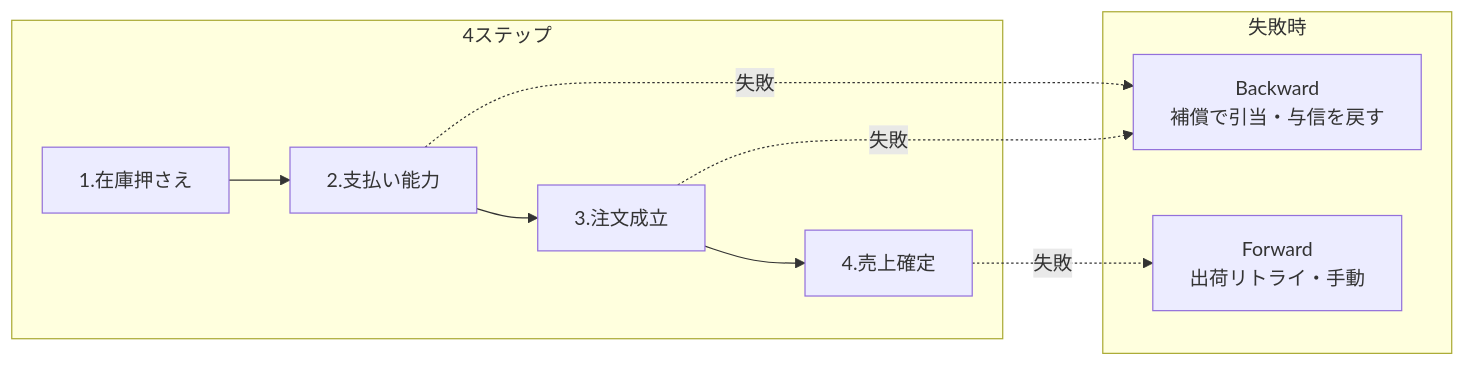
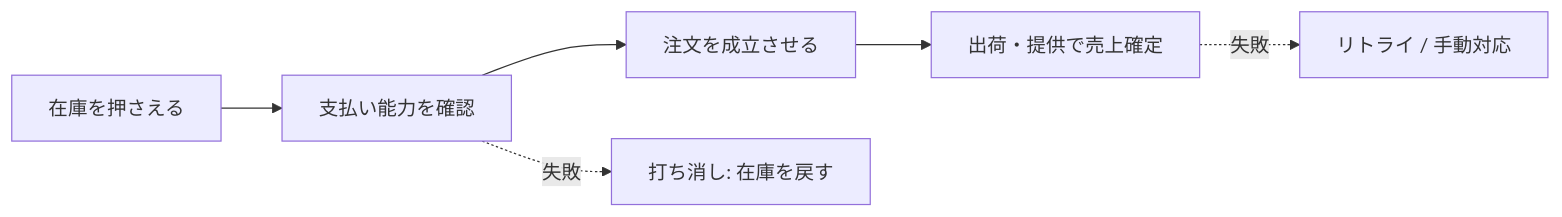
The diagram in articles/ec803bd95ceb09.md (mizukendesu/zenn-content), drawn with Mermaid before and after one commit. The commit also changed other lines of this file, not shown here.

````diff
--- a/articles/ec803bd95ceb09.md
+++ b/articles/ec803bd95ceb09.md
@@ -163,19 +84,9 @@
 ```mermaid
 flowchart LR
-  subgraph steps [4ステップ]
-    A[1.在庫押さえ]
-    B[2.支払い能力]
-    C[3.注文成立]
-    D[4.売上確定]
-    A --> B --> C --> D
-  end
+  A[在庫を押さえる] --> B[支払い能力を確認]
+  B --> C[注文を成立させる]
+  C --> D[出荷・提供で売上確定]
 
-  subgraph recovery [失敗時]
-    Back[Backward\n補償で引当・与信を戻す]
-    Fwd[Forward\n出荷リトライ・手動]
-  end
-
-  B -.->|失敗| Back
-  C -.->|失敗| Back
-  D -.->|失敗| Fwd
+  B -.失敗.-> X[打ち消し: 在庫を戻す]
+  D -.失敗.-> Z[リトライ / 手動対応]
 ```
````
